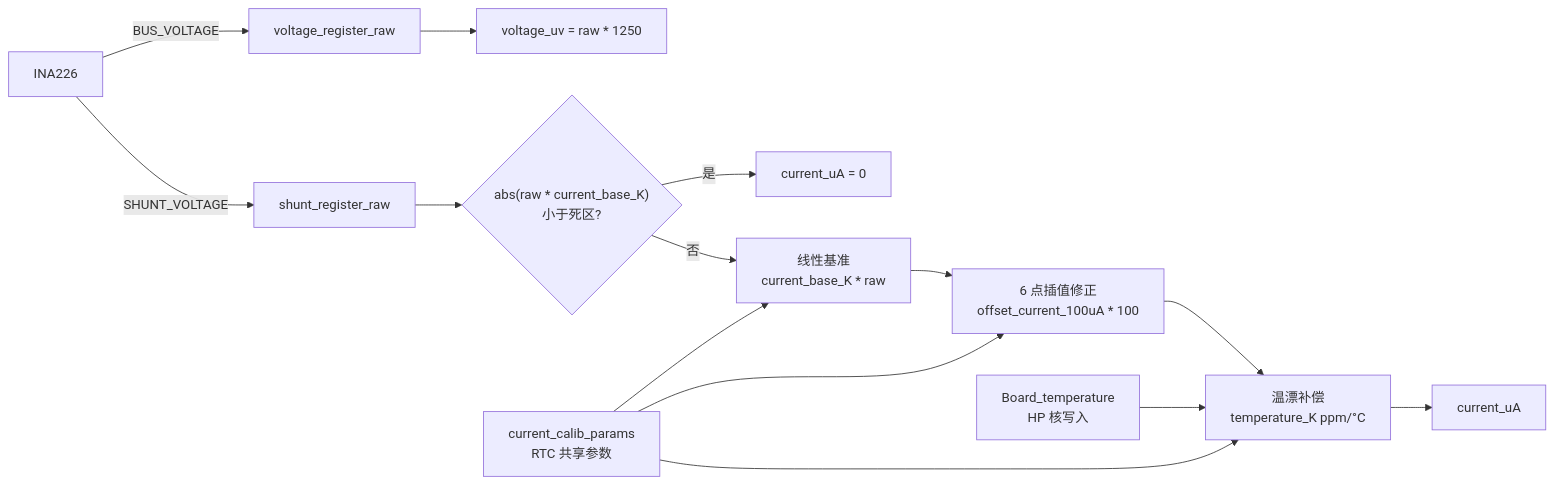
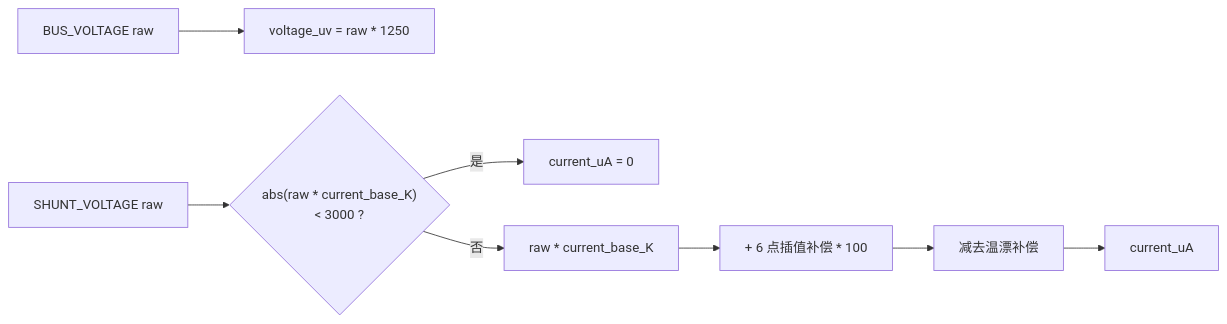
One commit to qingmeijiupiao/Wireless_power_meter_lite changed the third of 4 diagrams in main/ulp_app/README.md. Above: the diagram before and after it, drawn with Mermaid. The commit also changed other lines of this file and 7 other files, not shown here.

````diff
--- a/main/ulp_app/README.md
+++ b/main/ulp_app/README.md
@@ -38,16 +61,10 @@
 ```mermaid
 flowchart LR
-    INA["INA226"] -->|BUS_VOLTAGE| VRaw["voltage_register_raw"]
-    INA -->|SHUNT_VOLTAGE| IRaw["shunt_register_raw"]
-    VRaw --> V["voltage_uv = raw * 1250"]
-    IRaw --> Dead{"abs(raw * current_base_K)<br/>小于死区?"}
+    VRaw["BUS_VOLTAGE raw"] --> V["voltage_uv = raw * 1250"]
+    IRaw["SHUNT_VOLTAGE raw"] --> Dead{"abs(raw * current_base_K)<br/>< 3000 ?"}
     Dead -->|是| Zero["current_uA = 0"]
-    Dead -->|否| Base["线性基准<br/>current_base_K * raw"]
-    Base --> Interp["6 点插值修正<br/>offset_current_100uA * 100"]
-    Interp --> Temp["温漂补偿<br/>temperature_K ppm/°C"]
+    Dead -->|否| Base["raw * current_base_K"]
+    Base --> Interp["+ 6 点插值补偿 * 100"]
+    Interp --> Temp["减去温漂补偿"]
     Temp --> Current["current_uA"]
-    BoardTemp["Board_temperature<br/>HP 核写入"] --> Temp
-    Calib["current_calib_params<br/>RTC 共享参数"] --> Base
-    Calib --> Interp
-    Calib --> Temp
 ```
````
